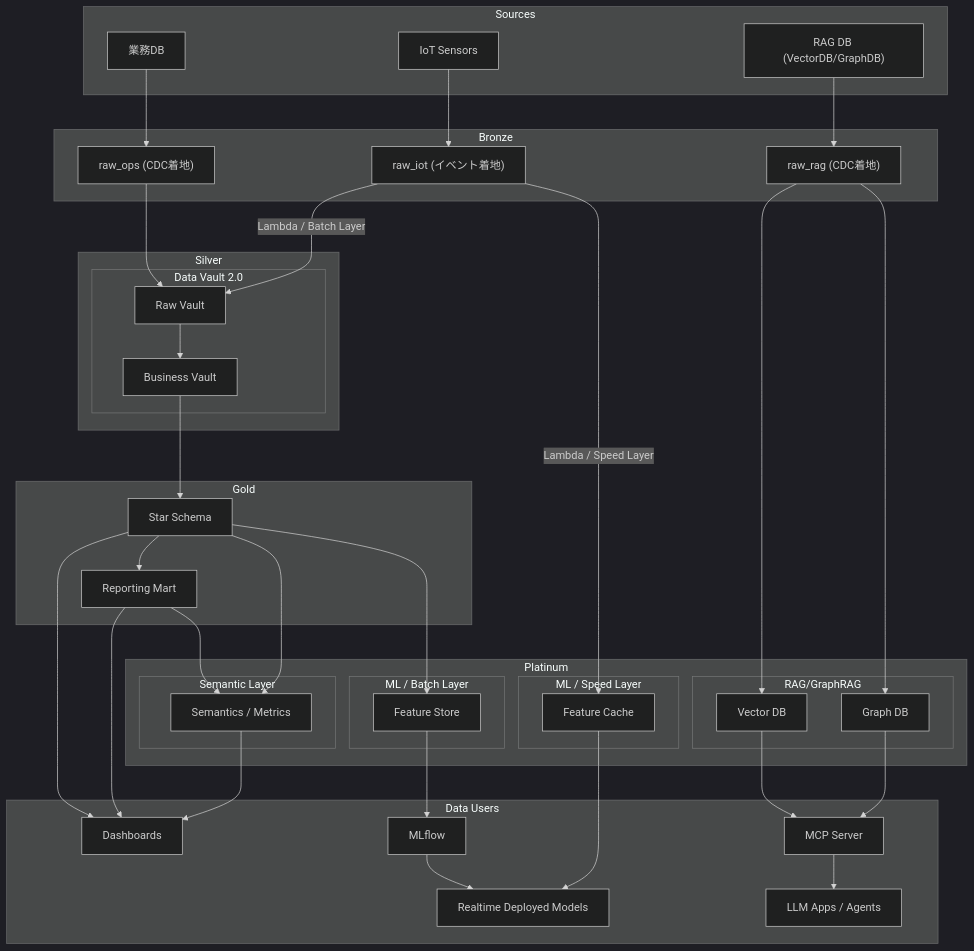
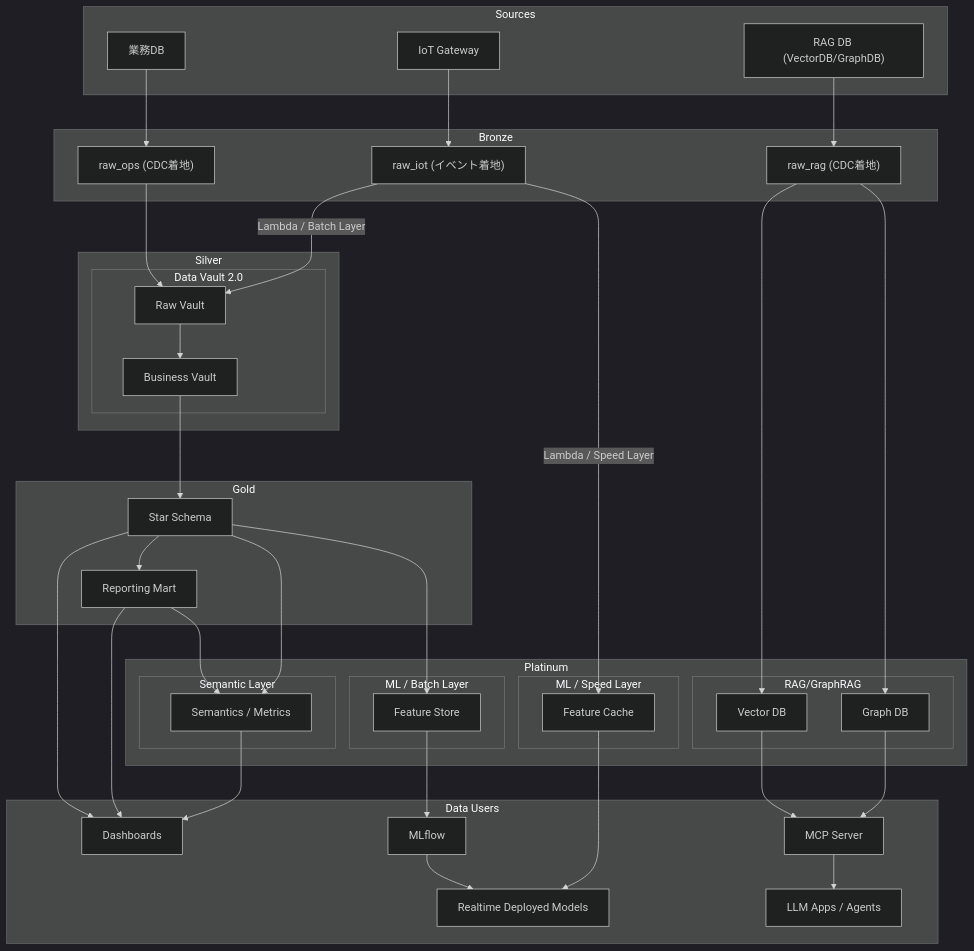
Before and after one commit to suwa-sh/zenn-contents: the fourth of 4 diagrams in articles/medallion_architecture_2_20250911.md, drawn with Mermaid (dark theme).

````diff
--- a/articles/medallion_architecture_2_20250911.md
+++ b/articles/medallion_architecture_2_20250911.md
@@ -276,80 +276,80 @@
 ```mermaid
 flowchart TB
   %% Sources
   subgraph SRC["Sources"]
     OPS["業務DB"]
-    IOT[IoT Sensors]
+    IOT[IoT Gateway]
     RAG["RAG DB (VectorDB/GraphDB)"]
   end
 
   %% Bronze
   subgraph BRZ["Bronze"]
     OPS_B["raw_ops (CDC着地)"]
     IOT_B["raw_iot (イベント着地)"]
     RAG_B["raw_rag (CDC着地)"]
   end
 
   %% Silver
   subgraph SIL["Silver"]
     subgraph OPS_S["Data Vault 2.0"]
       H[Raw Vault]
       PIT[Business Vault]
     end
   end
 
   %% Gold
   subgraph GLD["Gold"]
     STAR[Star Schema]
     DASH["Reporting Mart"]
   end
 
   %% Platinum
   subgraph PLT["Platinum"]
     subgraph XXX["Semantic Layer"]
       SEM[Semantics / Metrics]
     end
     subgraph OFFLINE["ML / Batch Layer"]
       FVOFF["Feature Store"]
     end
     subgraph ONLINE["ML / Speed Layer"]
       FEAT["Feature Cache"]
     end
     subgraph RAGP["RAG/GraphRAG"]
       VDB["Vector DB"]
       GDB["Graph DB"]
     end
   end
 
   %% Users
   subgraph USERS["Data Users"]
     BIU[Dashboards]
     MLF[MLflow]
     RTMODEL[Realtime Deployed Models]
     MCP["MCP Server"]
     LLMU[LLM Apps / Agents]
   end
 
   %% Flows
   IOT --> IOT_B -- "Lambda / Batch Layer" --> H
   IOT_B -- "Lambda / Speed Layer" --> FEAT
 
   RAG --> RAG_B
   RAG_B --> VDB
   RAG_B --> GDB
 
   OPS --> OPS_B --> H --> PIT --> STAR
 
   STAR --> BIU
   STAR --> DASH
   DASH --> BIU
   DASH --> SEM
   STAR --> SEM
   SEM --> BIU
 
   FEAT --> RTMODEL
   FVOFF --> MLF --> RTMODEL
   VDB --> MCP
   GDB --> MCP
   MCP --> LLMU
   STAR --> FVOFF
 ```
````
